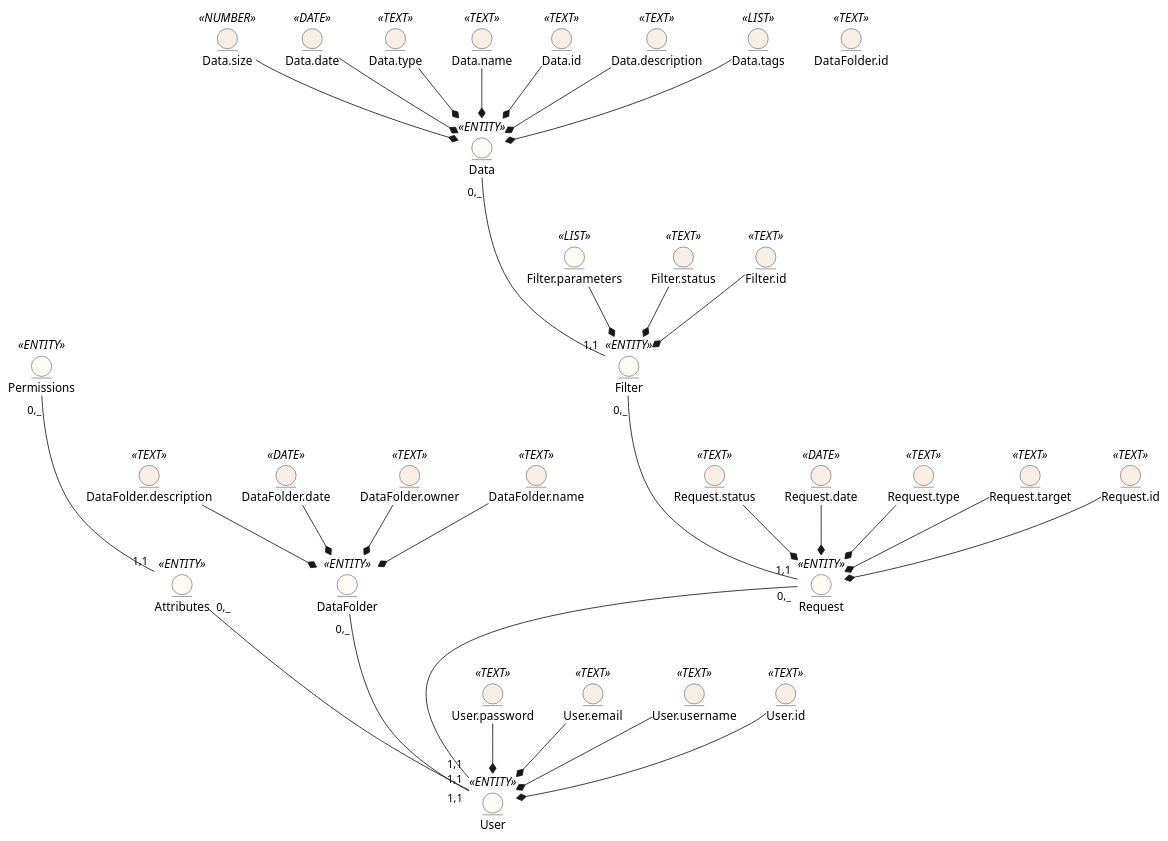
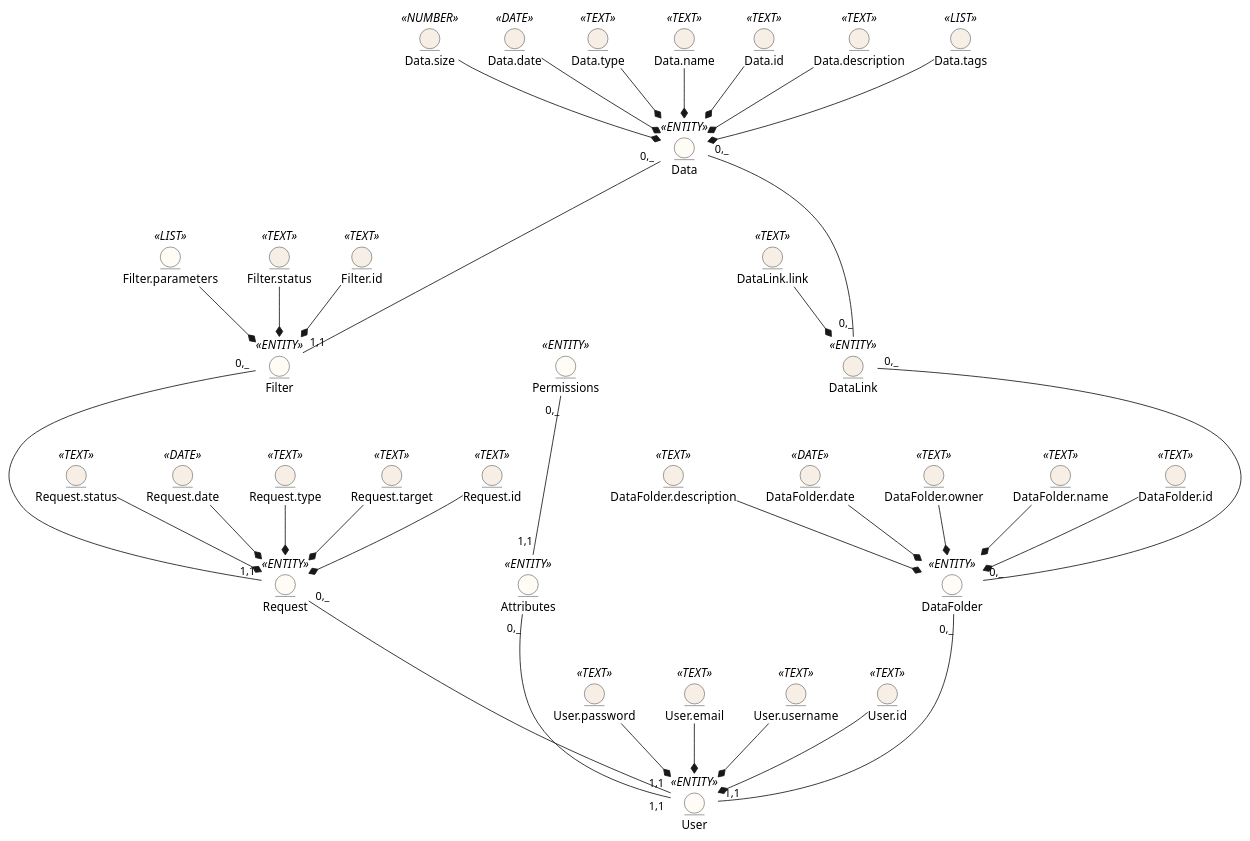
One commit to edu-db/edu_db_labs changed the diagram in docs/design/README.md. Above: the diagram before and after it, drawn with PlantUML.

Commit message:
feat: create DataLink entity

```diff
--- a/docs/design/README.md
+++ b/docs/design/README.md
@@ -50,6 +50,10 @@
 entity Data.description<<TEXT>> #F7EFE5
 entity Data.tags<<LIST>> #F7EFE5
 
+
+entity DataLink <<ENTITY>> #F7EFE5
+entity DataLink.link <<TEXT>> #F7EFE5
+
 User "1,1" --u- "0,_" Attributes
 User "1,1" --u- "0,_" Request
 User "1,1" --u- "0,_" DataFolder
@@ -85,8 +89,12 @@
 DataFolder.date -d-* DataFolder
 DataFolder.owner -d-* DataFolder
 DataFolder.name -d-* DataFolder
+DataFolder.id -d-* DataFolder
 
+DataLink.link -d-* DataLink
 
+DataFolder "0,_" --u- "0,_" DataLink
+DataLink "0,_" --u- "0,_" Data
 
 
 
```
